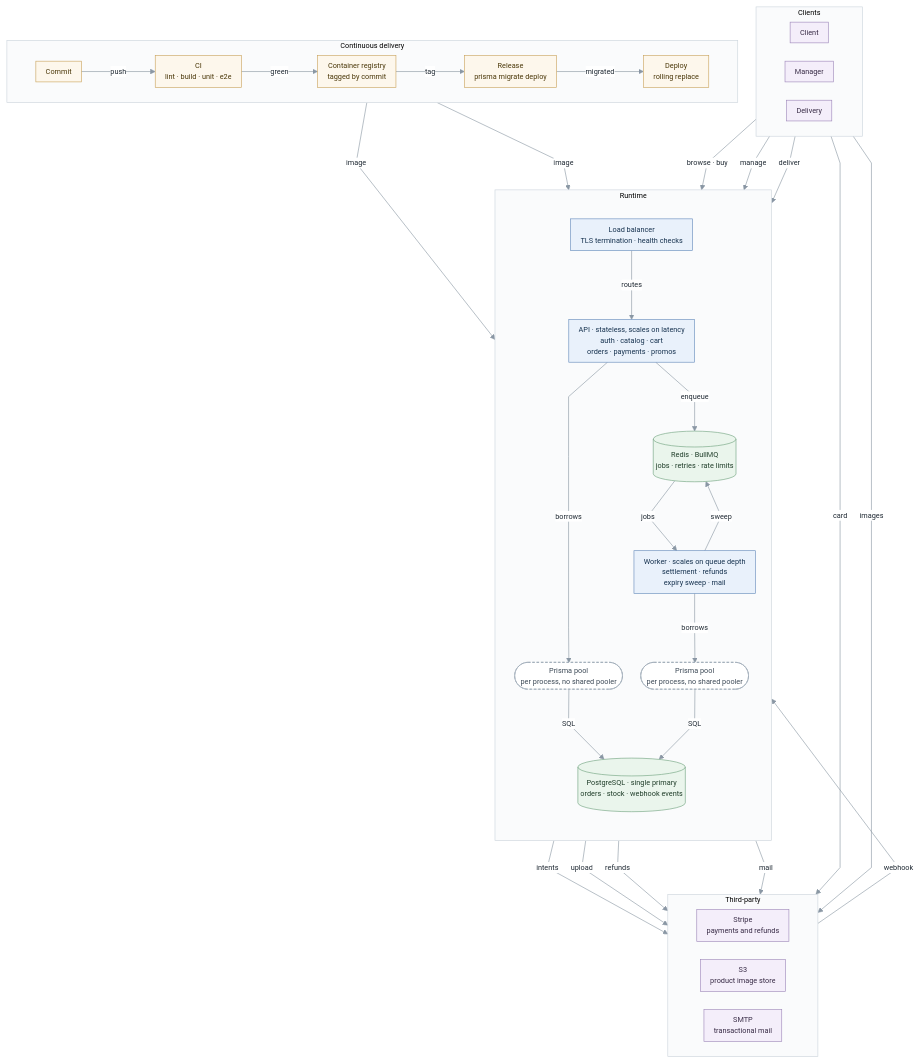
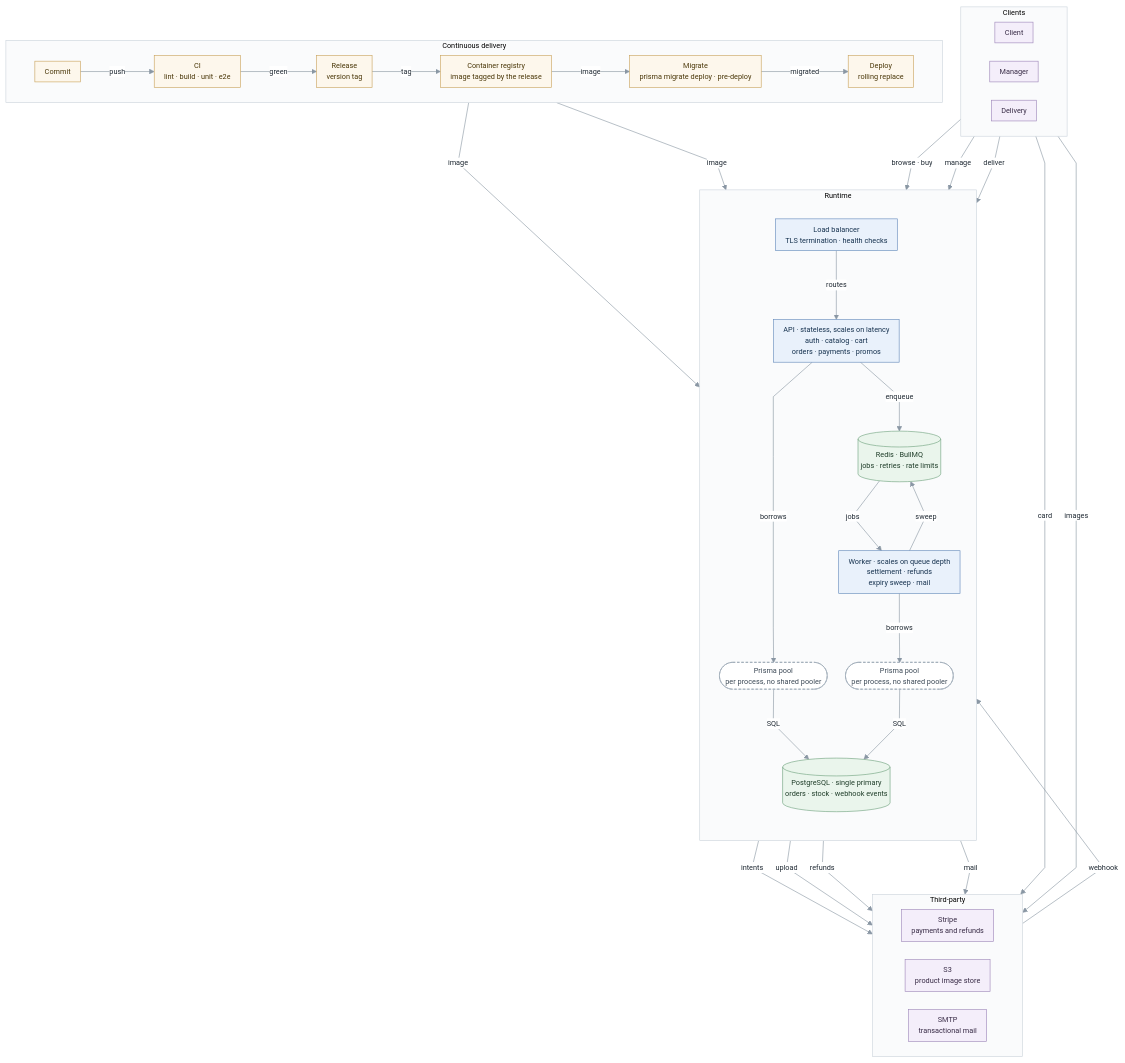
The diagram in docs/ARQUITECTURA.md (fabianespinoza-ravn/tshirt-store-api), drawn with Mermaid before and after one commit. The commit also changed other lines of this file and 1 other file, not shown here.

Commit message:
docs: put the release before the registry
The mentor asked for the release step to precede the container
registry. Reorders the pipeline to Commit -> CI -> Release (version tag)
-> Container registry (image tagged by the release) -> Migrate (prisma
migrate deploy, pre-deploy) -> Deploy (rolling replace), giving the
migration its own box now that it no longer shares one with Release.
Regenerates diagram.png from the updated mermaid source.

````diff
--- a/docs/ARQUITECTURA.md
+++ b/docs/ARQUITECTURA.md
@@ -3,69 +3,70 @@
 ```mermaid
 %%{init: {"theme":"base","themeVariables":{"fontFamily":"Segoe UI, Helvetica, Arial, sans-serif","fontSize":"12px","lineColor":"#8a97a4","primaryColor":"#eef2f6","primaryTextColor":"#1f2933","primaryBorderColor":"#9aa7b4","clusterBkg":"#fafbfc","clusterBorder":"#ccd4dc","edgeLabelBackground":"#ffffff"},"flowchart":{"curve":"linear","nodeSpacing":30,"rankSpacing":70,"padding":8}}}%%
 flowchart TB
   subgraph USR["Clients"]
     direction LR
     CL["Client"]
     MG["Manager"]
     DL["Delivery"]
   end
 
   subgraph RT["Runtime"]
     direction TB
     LB["Load balancer<br/>TLS termination · health checks"]
     API["API · stateless, scales on latency<br/>auth · catalog · cart<br/>orders · payments · promos"]
     AP(["Prisma pool<br/>per process, no shared pooler"])
     RD[("Redis · BullMQ<br/>jobs · retries · rate limits")]
     WK["Worker · scales on queue depth<br/>settlement · refunds<br/>expiry sweep · mail"]
     WP(["Prisma pool<br/>per process, no shared pooler"])
     PG[("PostgreSQL · single primary<br/>orders · stock · webhook events")]
 
     LB -->|"routes"| API
     API -->|"borrows"| AP
     API -->|"enqueue"| RD
     RD -->|"jobs"| WK
     WK -->|"sweep"| RD
     WK -->|"borrows"| WP
     AP -->|"SQL"| PG
     WP -->|"SQL"| PG
   end
 
   subgraph EXT["Third-party"]
     direction LR
     ST["Stripe<br/>payments and refunds"]
     S3["S3<br/>product image store"]
     MAIL["SMTP<br/>transactional mail"]
   end
 
   subgraph CD["Continuous delivery"]
     direction LR
     C["Commit"] -->|"push"| CI["CI<br/>lint · build · unit · e2e"]
-    CI -->|"green"| REG["Container registry<br/>tagged by commit"]
-    REL["Release<br/>prisma migrate deploy"] -->|"migrated"| DEP["Deploy<br/>rolling replace"]
-    REG -->|"tag"| REL
+    CI -->|"green"| REL["Release<br/>version tag"]
+    REL -->|"tag"| REG["Container registry<br/>image tagged by the release"]
+    REG -->|"image"| MIG["Migrate<br/>prisma migrate deploy · pre-deploy"]
+    MIG -->|"migrated"| DEP["Deploy<br/>rolling replace"]
   end
 
   CL -->|"browse · buy"| LB
   MG -->|"manage"| LB
   DL -->|"deliver"| LB
   CL -->|"card"| ST
   CL -->|"images"| S3
   ST -->|"webhook"| LB
   API -->|"intents"| ST
   API -->|"upload"| S3
   WK -->|"refunds"| ST
   WK -->|"mail"| MAIL
   DEP -->|"image"| API
   DEP -->|"image"| WK
 
   classDef pipe fill:#fdf7ec,stroke:#c9a35c,color:#4a3708
   classDef proc fill:#e9f1fb,stroke:#6389bb,color:#16324f
   classDef pool fill:#ffffff,stroke:#9aa7b4,stroke-dasharray:4 3,color:#3d4a57
   classDef store fill:#eaf5ec,stroke:#6fa17d,color:#1f3d29
   classDef ext fill:#f4eefa,stroke:#9d86b9,color:#372a45
-  class C,CI,REG,REL,DEP pipe
+  class C,CI,REL,REG,MIG,DEP pipe
   class LB,API,WK proc
   class AP,WP pool
   class PG,RD store
   class CL,MG,DL,ST,S3,MAIL ext
 ```
````
